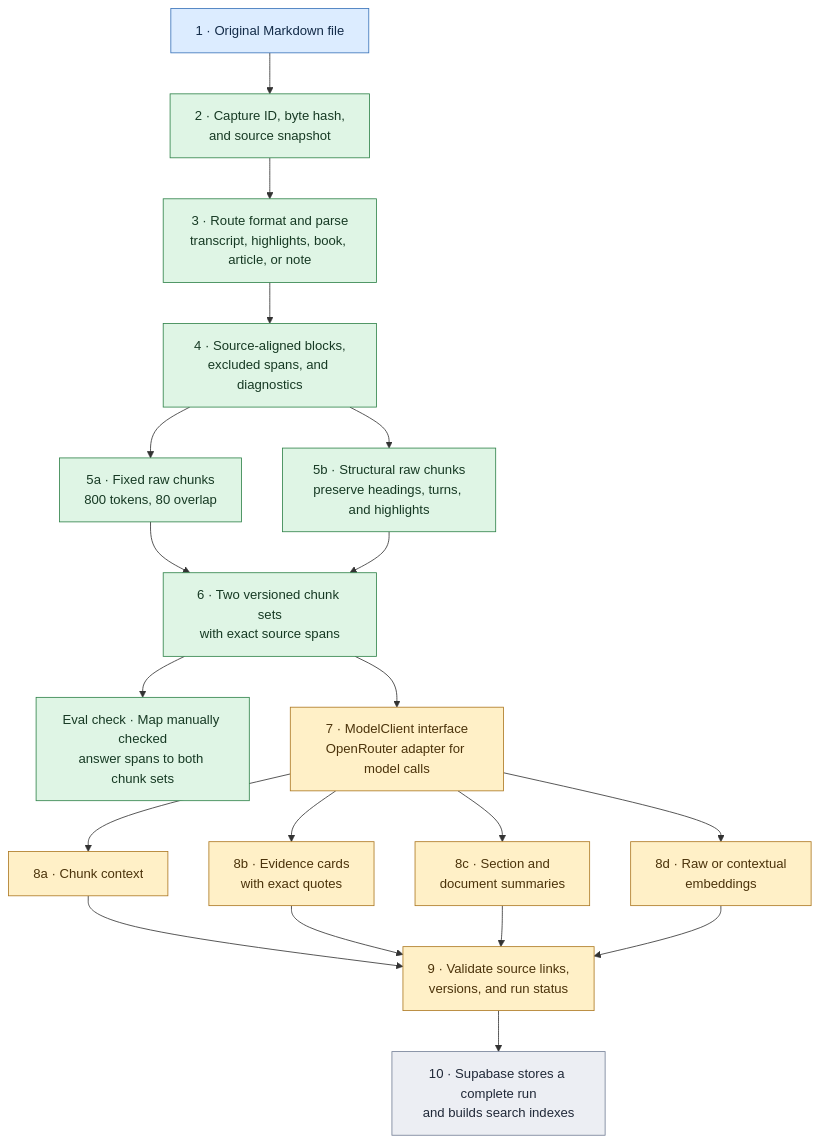
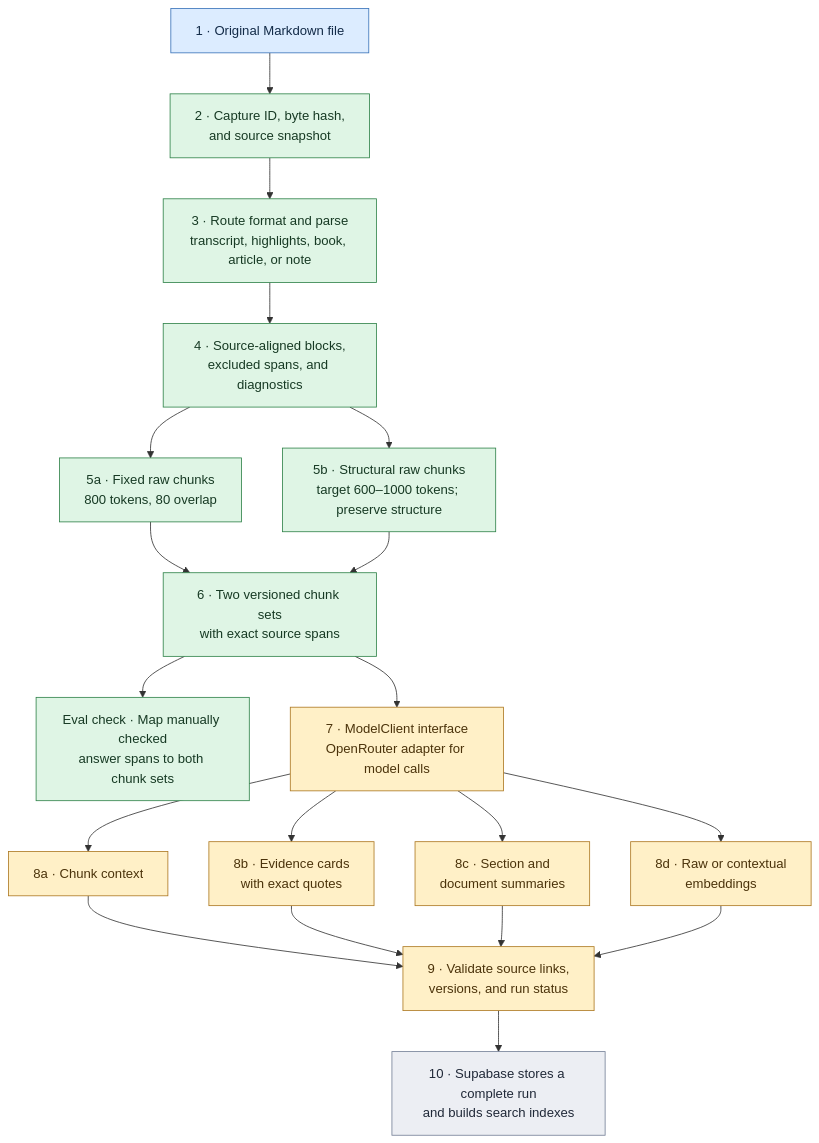
One commit to matteop92/knowledge-base-agent changed the first of 2 diagrams in SYSTEM.md. Above: the diagram before and after it, drawn with Mermaid. The commit also changed other lines of this file, not shown here.

Commit message:
docs: clarify index and query sequence boundaries

````diff
--- a/SYSTEM.md
+++ b/SYSTEM.md
@@ -9,30 +9,30 @@
 ```mermaid
 flowchart TB
     SRC["1 · Original Markdown file"] --> CAP["2 · Capture ID, byte hash,<br/>and source snapshot"]
     CAP --> PARSE["3 · Route format and parse<br/>transcript, highlights, book, article, or note"]
     PARSE --> BLOCKS["4 · Source-aligned blocks,<br/>excluded spans, and diagnostics"]
     BLOCKS --> FIXED["5a · Fixed raw chunks<br/>800 tokens, 80 overlap"]
-    BLOCKS --> STRUCT["5b · Structural raw chunks<br/>preserve headings, turns, and highlights"]
+    BLOCKS --> STRUCT["5b · Structural raw chunks<br/>target 600–1000 tokens; preserve structure"]
     FIXED --> CHUNKS["6 · Two versioned chunk sets<br/>with exact source spans"]
     STRUCT --> CHUNKS
     CHUNKS --> LABELS["Eval check · Map manually checked<br/>answer spans to both chunk sets"]
     CHUNKS --> CLIENT["7 · ModelClient interface<br/>OpenRouter adapter for model calls"]
     CLIENT --> CONTEXT["8a · Chunk context"]
     CLIENT --> CARDS["8b · Evidence cards<br/>with exact quotes"]
     CLIENT --> SUMMARIES["8c · Section and<br/>document summaries"]
     CLIENT --> EMBEDDINGS["8d · Raw or contextual<br/>embeddings"]
     CONTEXT --> CHECK["9 · Validate source links,<br/>versions, and run status"]
     CARDS --> CHECK
     SUMMARIES --> CHECK
     EMBEDDINGS --> CHECK
     CHECK --> STORE["10 · Supabase stores a complete run<br/>and builds search indexes"]
 
     classDef source fill:#dcecff,stroke:#3973b9,color:#132b48
     classDef working fill:#dff5e5,stroke:#30834a,color:#173a24
     classDef model fill:#fff0c7,stroke:#ad7923,color:#4b330b
     classDef planned fill:#eceef3,stroke:#758097,color:#202938
     class SRC source
     class CAP,PARSE,BLOCKS,FIXED,STRUCT,CHUNKS,LABELS working
     class CLIENT,CONTEXT,CARDS,SUMMARIES,EMBEDDINGS,CHECK model
     class STORE planned
 ```
````
